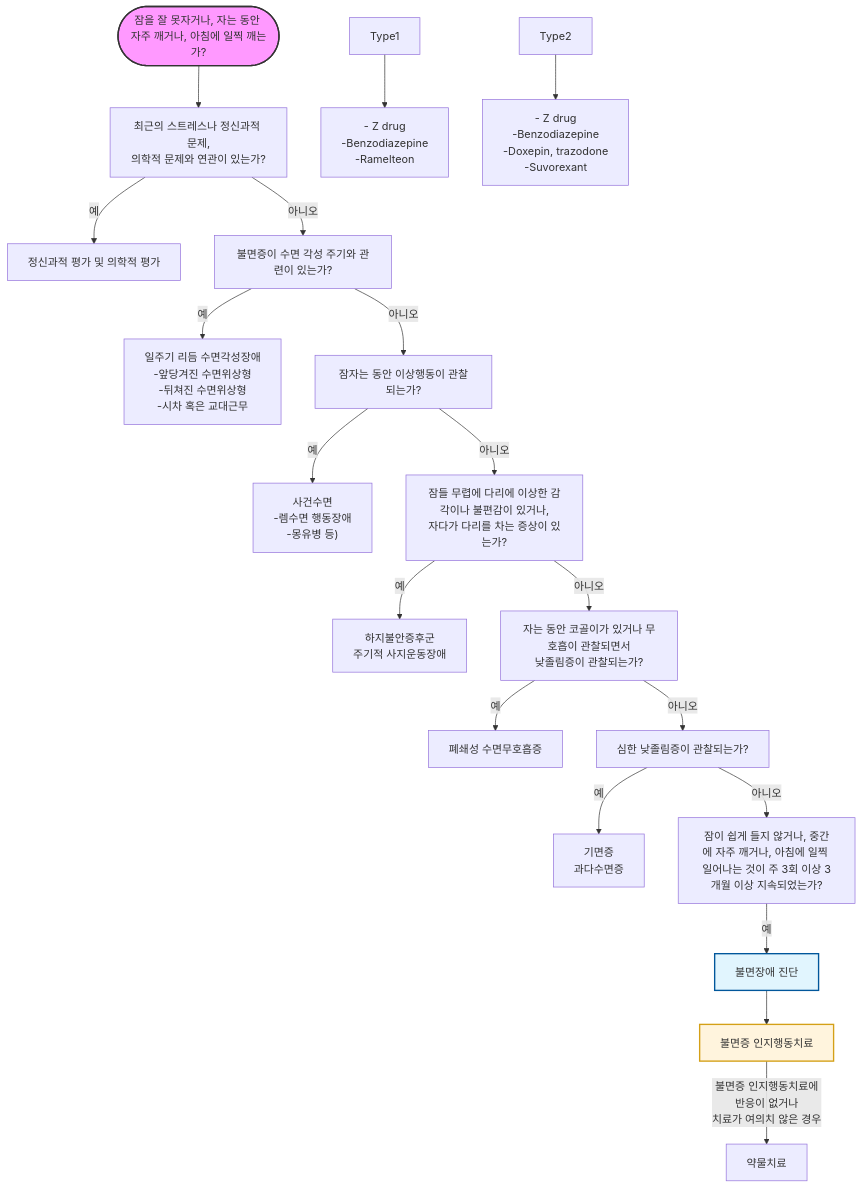
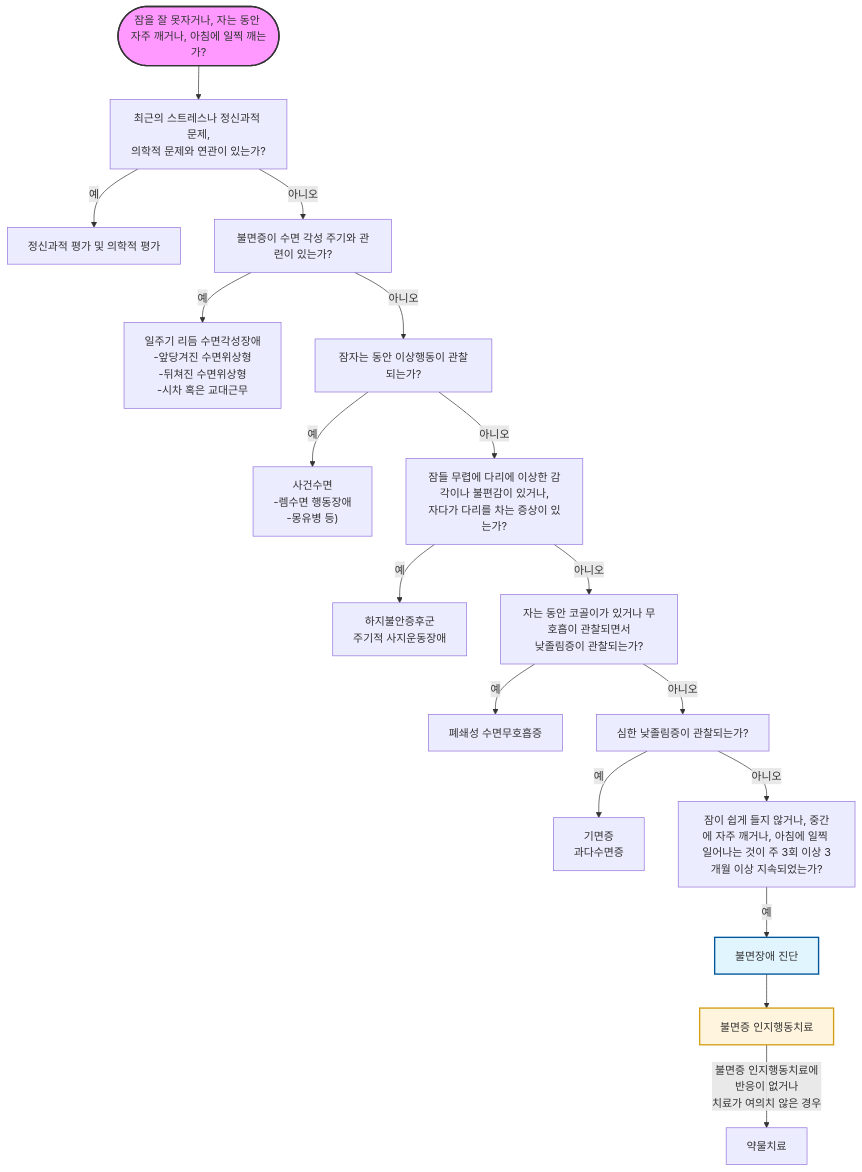
Before and after one commit to familyoh77/familyoh77: the diagram in 221_/029_-insomnia-sleep-disorder.md, drawn with Mermaid. The commit also changed other lines of this file, not shown here.

````diff
--- a/221_/029_-insomnia-sleep-disorder.md
+++ b/221_/029_-insomnia-sleep-disorder.md
@@ -194,36 +206,33 @@
 ```mermaid
 graph TD
     Start([잠을 잘 못자거나, 자는 동안 자주 깨거나, 아침에 일찍 깨는가?]) --> Q1[최근의 스트레스나 정신과적 문제,<br/>의학적 문제와 연관이 있는가?]
     
     Q1 -- "예" --> A1[정신과적 평가 및 의학적 평가]
     Q1 -- "아니오" --> Q2[불면증이 수면 각성 주기와 관련이 있는가?]
     
     Q2 -- "예" --> A2["일주기 리듬 수면각성장애<br/>-앞당겨진 수면위상형 <br/>-뒤쳐진 수면위상형<br/>-시차 혹은 교대근무"]
     Q2 -- "아니오" --> Q3[잠자는 동안 이상행동이 관찰되는가?]
     
     Q3 -- "예" --> A3["사건수면<br/>-렘수면 행동장애<br/>-몽유병 등)"]
     Q3 -- "아니오" --> Q4[잠들 무렵에 다리에 이상한 감각이나 불편감이 있거나,<br/>자다가 다리를 차는 증상이 있는가?]
     
     Q4 -- "예" --> A4[하지불안증후군<br/>주기적 사지운동장애]
     Q4 -- "아니오" --> Q5[자는 동안 코골이가 있거나 무호흡이 관찰되면서<br/>낮졸림증이 관찰되는가?]
     
     Q5 -- "예" --> A5[폐쇄성 수면무호흡증]
     Q5 -- "아니오" --> Q6[심한 낮졸림증이 관찰되는가?]
     
     Q6 -- "예" --> A6[기면증<br/>과다수면증]
     Q6 -- "아니오" --> Q7[잠이 쉽게 들지 않거나, 중간에 자주 깨거나, 아침에 일찍 일어나는 것이 주 3회 이상 3개월 이상 지속되었는가?]
     
     Q7 -- "예" --> Diagnosis[불면장애 진단]
     
     Diagnosis --> CBT[불면증 인지행동치료]
     
     CBT -- "불면증 인지행동치료에 
     반응이 없거나<br/>치료가 여의치 않은 경우" --> Drug[약물치료]
     
-    Type1 --> D1["- Z drug<br/>-Benzodiazepine<br/>-Ramelteon"]
-    Type2 --> D2["- Z drug<br/>-Benzodiazepine<br/>-Doxepin, trazodone<br/>-Suvorexant"]
-
     style Start fill:#f9f,stroke:#333,stroke-width:2px
     style Diagnosis fill:#e1f5fe,stroke:#01579b,stroke-width:2px
     style CBT fill:#fff4dd,stroke:#d4a017,stroke-width:2px
 ```
````
